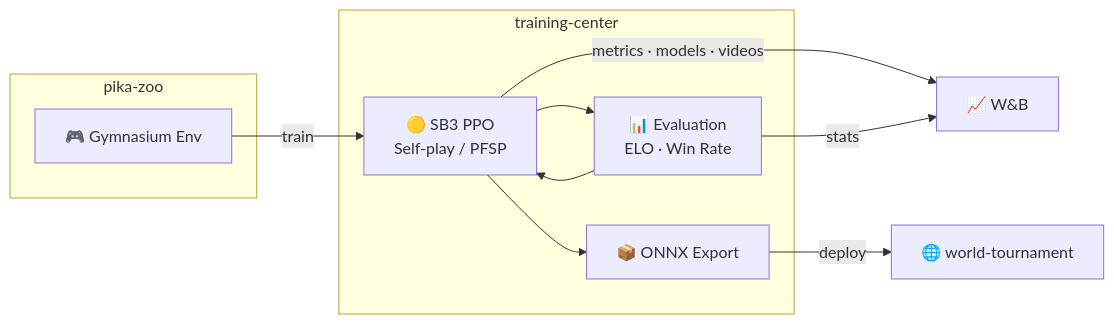
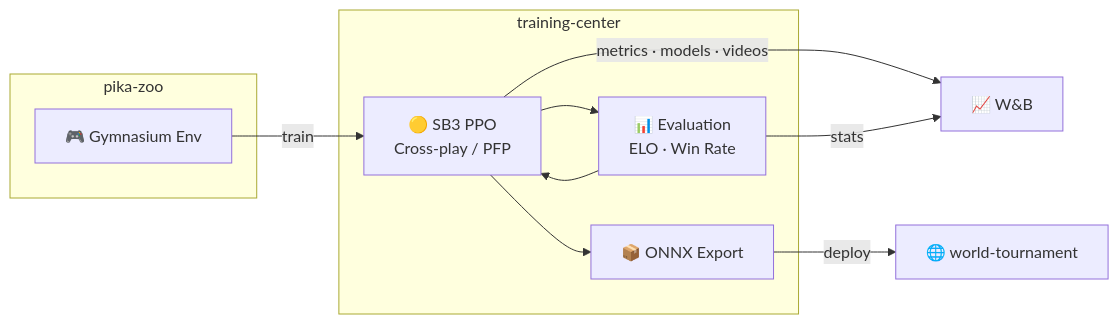
The diagram in README.md (alphachu-volleyball/training-center), drawn with Mermaid before and after one commit. The commit also changed other lines of this file and 10 other files, not shown here.

First line of the commit message:
refactor: rename selfplay to crossplay, PFSP to PFP (#46)

````diff
--- a/README.md
+++ b/README.md
@@ -17,21 +17,21 @@
 ```mermaid
 graph LR
     subgraph pika-zoo
         ENV["🎮 Gymnasium Env"]
     end
 
     subgraph training-center
-        TRAIN["🟡 SB3 PPO<br>Self-play / PFSP"]
+        TRAIN["🟡 SB3 PPO<br>Cross-play / PFP"]
         EVAL["📊 Evaluation<br>ELO · Win Rate"]
         EXPORT["📦 ONNX Export"]
 
         TRAIN --> EVAL
         EVAL --> TRAIN
         TRAIN --> EXPORT
     end
 
     ENV -->|train| TRAIN
     TRAIN -->|metrics · models · videos| WB["📈 W&B"]
     EVAL -->|stats| WB
     EXPORT -->|deploy| WT["🌐 world-tournament"]
 ```
````
